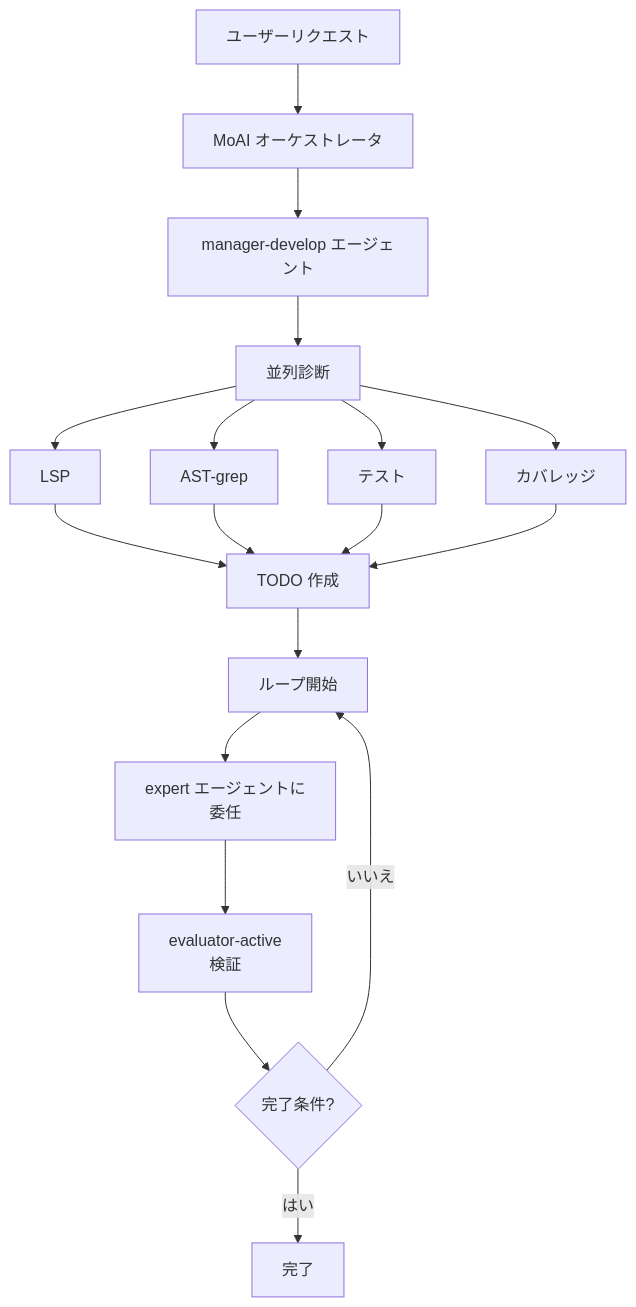
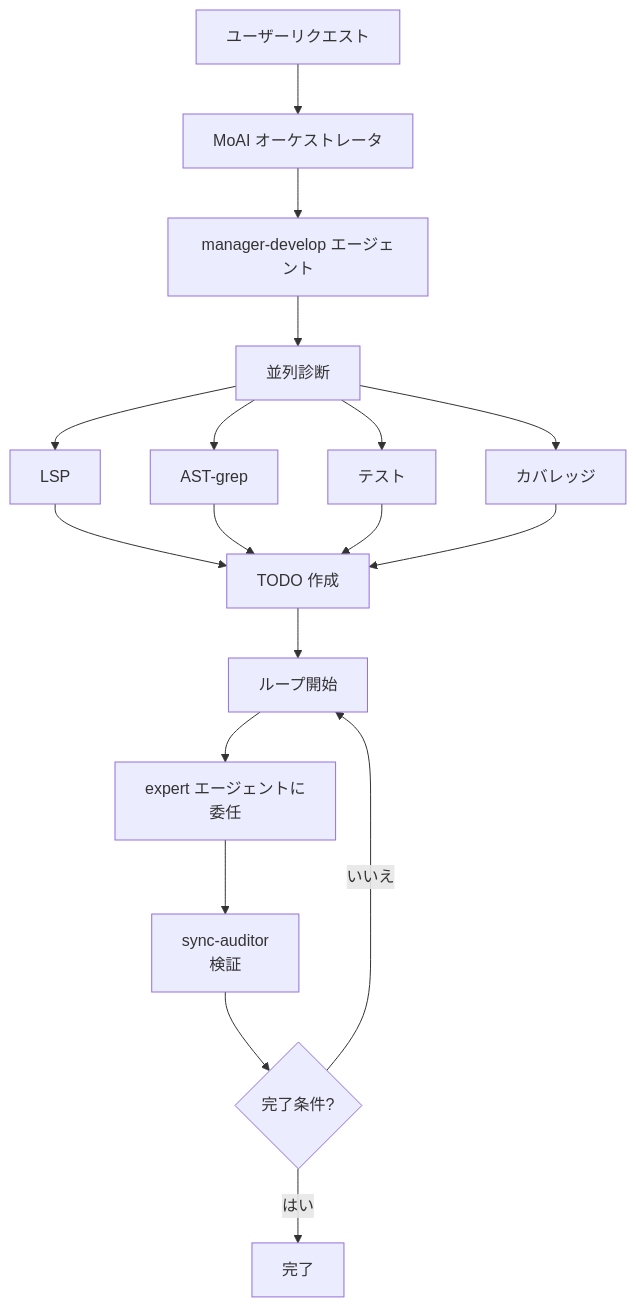
One commit to modu-ai/moai-adk changed the fourth of 4 diagrams in docs-site/content/ja/utility-commands/moai-loop.md. Above: the diagram before and after it, drawn with Mermaid. The commit also changed other lines of this file and 149 other files, not shown here.

First line of the commit message:
chore(agents): evaluator-active를 sync-auditor로 rename (plan-auditor phase 대칭)

````diff
--- a/docs-site/content/ja/utility-commands/moai-loop.md
+++ b/docs-site/content/ja/utility-commands/moai-loop.md
@@ -199,25 +199,25 @@
 ```mermaid
 flowchart TD
     User["ユーザーリクエスト"] --> Orchestrator["MoAI オーケストレータ"]
     Orchestrator --> ManagerDDD["manager-develop エージェント"]
 
     ManagerDDD --> Diagnose["並列診断"]
     Diagnose --> LSP["LSP"]
     Diagnose --> AST["AST-grep"]
     Diagnose --> Test["テスト"]
     Diagnose --> Cov["カバレッジ"]
 
     LSP --> Todo["TODO 作成"]
     AST --> Todo
     Test --> Todo
     Cov --> Todo
 
     Todo --> Loop["ループ開始"]
 
     Loop --> Fix["expert エージェントに<br/>委任"]
-    Fix --> Verify["evaluator-active<br/>検証"]
+    Fix --> Verify["sync-auditor<br/>検証"]
 
     Verify --> Complete{"完了条件?"}
     Complete -->|いいえ| Loop
     Complete -->|はい| Done["完了"]
 ```
````
